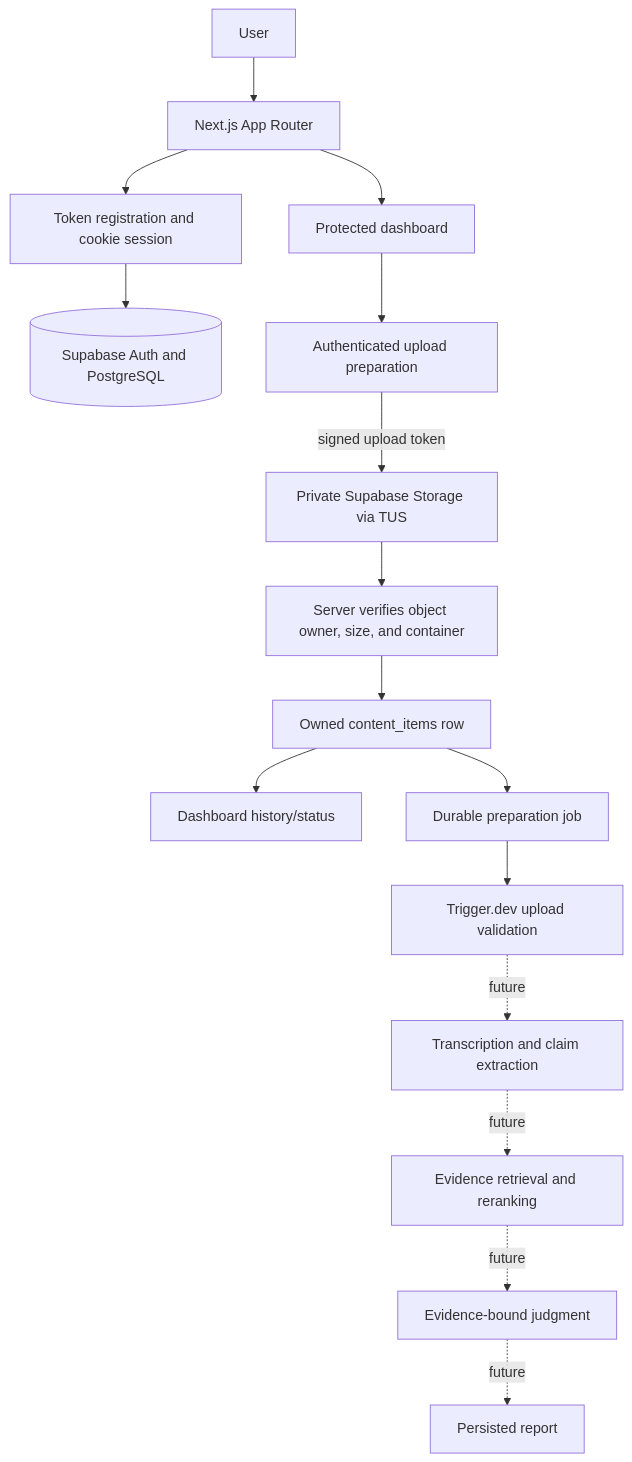
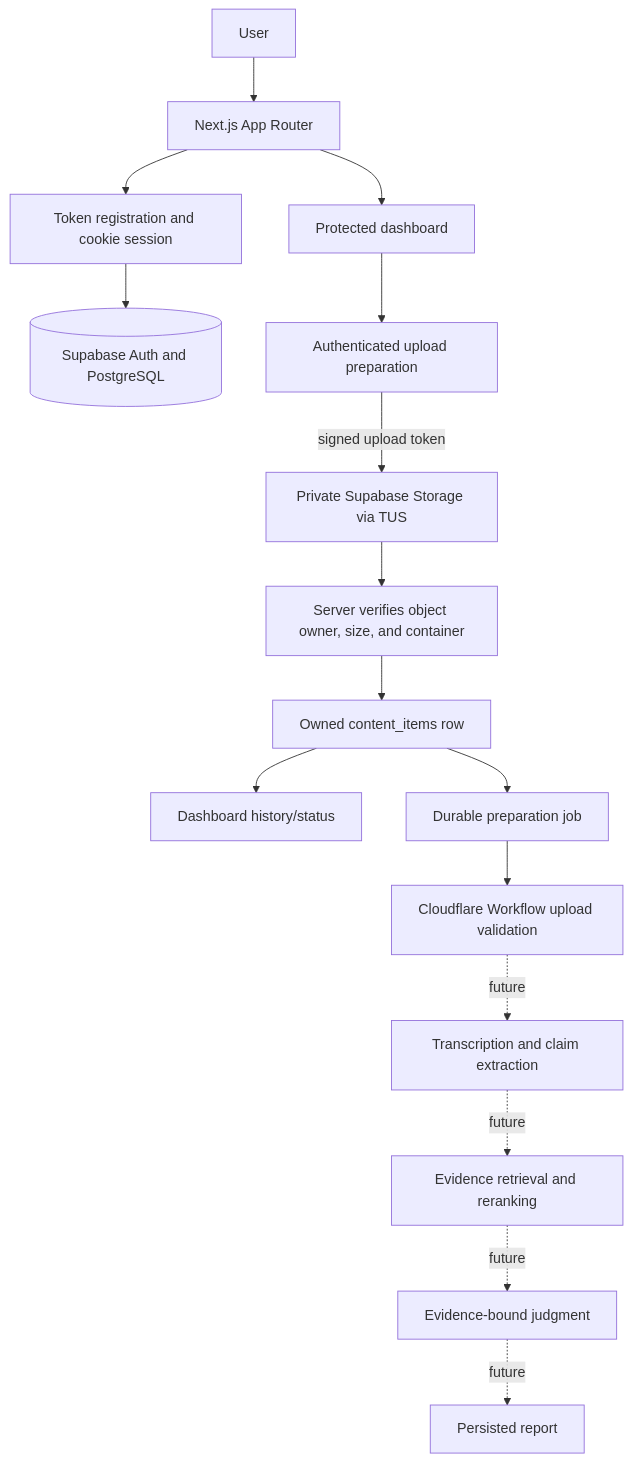
One commit to Kirbik/psych-factcheck changed the diagram in ARCHITECTURE.md. Above: the diagram before and after it, drawn with Mermaid. The commit also changed other lines of this file and 30 other files, not shown here.

````diff
--- a/ARCHITECTURE.md
+++ b/ARCHITECTURE.md
@@ -21,18 +21,18 @@
 ```mermaid
 flowchart TD
   U[User] --> WEB[Next.js App Router]
   WEB --> AUTH[Token registration and cookie session]
   AUTH --> DB[(Supabase Auth and PostgreSQL)]
   WEB --> DASH[Protected dashboard]
   DASH --> UP[Authenticated upload preparation]
   UP -->|signed upload token| STORAGE[Private Supabase Storage via TUS]
   STORAGE --> VERIFY[Server verifies object owner, size, and container]
   VERIFY --> CONTENT[Owned content_items row]
   CONTENT --> HISTORY[Dashboard history/status]
   CONTENT --> JOB[Durable preparation job]
-  JOB --> PREP[Trigger.dev upload validation]
+  JOB --> PREP[Cloudflare Workflow upload validation]
   PREP -. future .-> TRANS[Transcription and claim extraction]
   TRANS -. future .-> RAG[Evidence retrieval and reranking]
   RAG -. future .-> JUDGE[Evidence-bound judgment]
   JUDGE -. future .-> REPORT[Persisted report]
 ```
````
